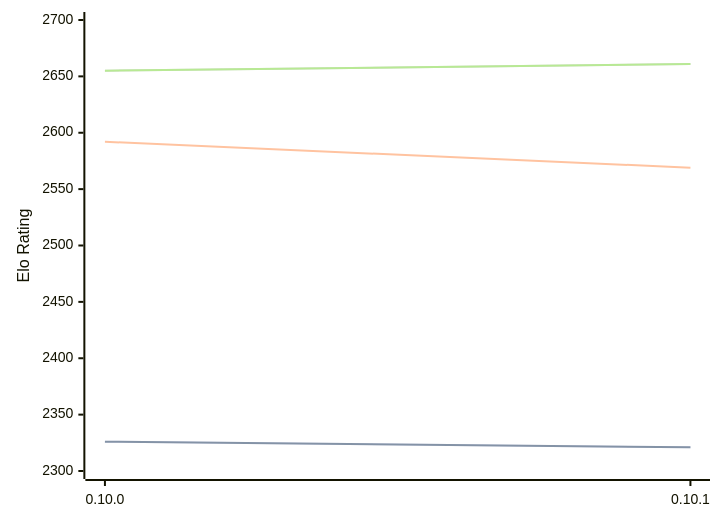
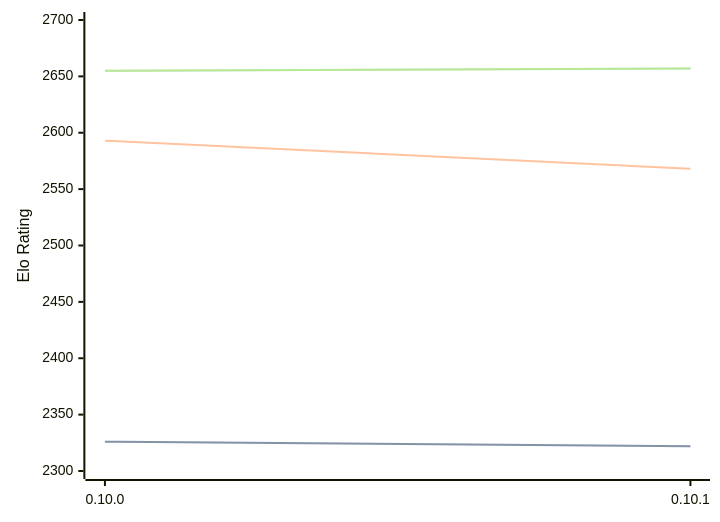
Before and after one commit to computer-chess-index/cci: the diagram in engines/Fatalii.md, drawn with Mermaid. The commit also changed other lines of this file, not shown here.

Commit message:
Update CCI Ratings (ELO VLTC) - 2026-05-15

````diff
--- a/engines/Fatalii.md
+++ b/engines/Fatalii.md
@@ -46,11 +46,11 @@
 ```mermaid
 %%{init: {"theme":"base","themeVariables":{"seriesColors:['#a3a3a3','#222221','#faa371']}}}%%
 xychart-beta
   x-axis ["0.10.0", "0.10.1"]
   y-axis "Elo Rating" 2300 --> 2700
-  line "STC (8.0+0.08s)" [2326, 2321]
-  line "STC (8.0+0.08s)" [2326, 2321]
-  line "LTC (60.0+0.60s)" [2592, 2569]
-  line "VLTC (2m24s+1.12s)" [2655, 2661]
-  line "VLTC (2m24s+1.12s)" [2655, 2661]
+  line "STC (8.0+0.08s)" [2326, 2322]
+  line "STC (8.0+0.08s)" [2326, 2322]
+  line "LTC (60.0+0.60s)" [2593, 2568]
+  line "VLTC (2m24s+1.12s)" [2655, 2657]
+  line "VLTC (2m24s+1.12s)" [2655, 2657]
 ```
````
